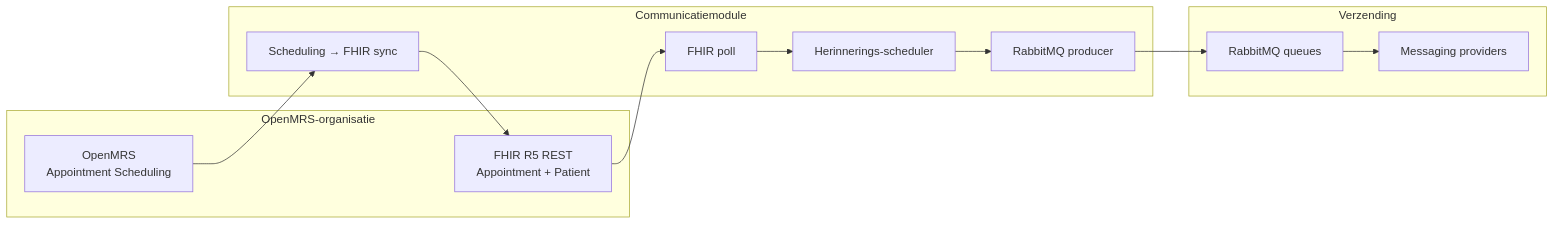
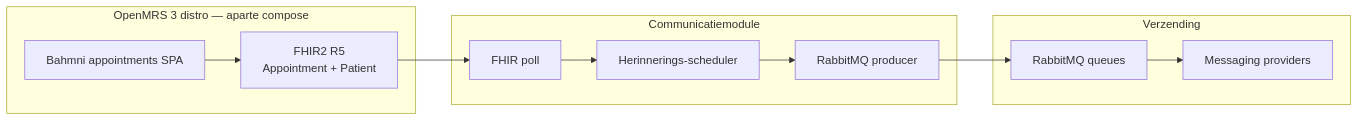
The diagram in README.md (BoyanKloosterman/openmrs-comm-module), drawn with Mermaid before and after one commit. The commit also changed other lines of this file and 23 other files, not shown here.

First line of the commit message:
Support OpenMRS 3 distro & JDBC polling

````diff
--- a/README.md
+++ b/README.md
@@ -33,24 +33,22 @@
 ```mermaid
 flowchart LR
-  subgraph openmrs_org [OpenMRS-organisatie]
-    OMRS[OpenMRS<br/>Appointment Scheduling]
-    FHIR[FHIR R5 REST<br/>Appointment + Patient]
+  subgraph distro [OpenMRS 3 distro — aparte compose]
+    SPA[Bahmni appointments SPA]
+    FHIR[FHIR2 R5<br/>Appointment + Patient]
   end
   subgraph comm [Communicatiemodule]
-    SYNC[Scheduling → FHIR sync]
     POLL[FHIR poll]
     SCHED[Herinnerings-scheduler]
     RMQ[RabbitMQ producer]
   end
   subgraph delivery [Verzending]
     Q[RabbitMQ queues]
     PROV[Messaging providers]
   end
-  OMRS --> SYNC
-  SYNC --> FHIR
+  SPA --> FHIR
   FHIR --> POLL
   POLL --> SCHED
   SCHED --> RMQ
   RMQ --> Q
   Q --> PROV
 ```
````
